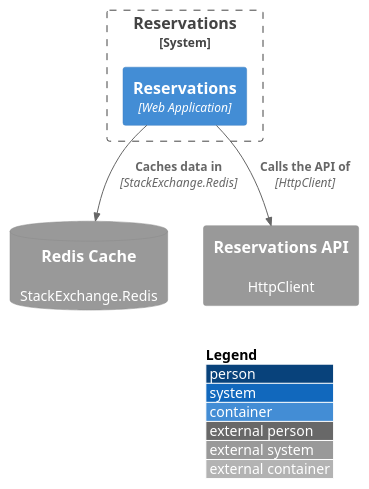
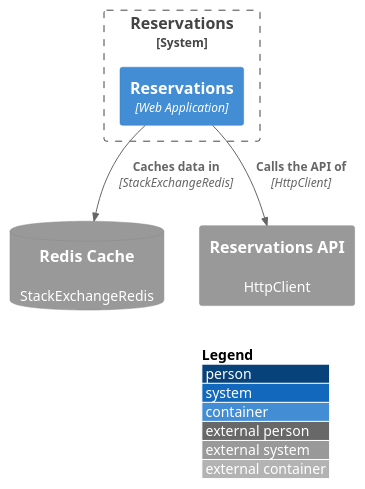
One commit to talentconsulting/atlas-dfe changed the diagram in das-reservations/service-dependencies/service-dependencies.puml. Above: the diagram before and after it, drawn with PlantUML. The commit also changed 48 other files, not shown here.

```diff
--- a/das-reservations/service-dependencies/service-dependencies.puml
+++ b/das-reservations/service-dependencies/service-dependencies.puml
@@ -1,15 +1,15 @@
 @startuml
 !include https://raw.githubusercontent.com/plantuml-stdlib/C4-PlantUML/master/C4_Container.puml
 LAYOUT_WITH_LEGEND()
 
 System_Boundary(sys_SkillsFundingAgency_das_reservations, "Reservations") {
   Container(c_reservations_web, "Reservations", "Web Application")
 }
 
-SystemDb_Ext(d_cache_redis_cache, "Redis Cache", "StackExchange.Redis")
+SystemDb_Ext(d_cache_redis_cache, "Redis Cache", "StackExchangeRedis")
 System_Ext(d_http_api_reservations_api, "Reservations API", "HttpClient")
 
-Rel(c_reservations_web, d_cache_redis_cache, "Caches data in", "StackExchange.Redis")
+Rel(c_reservations_web, d_cache_redis_cache, "Caches data in", "StackExchangeRedis")
 Rel(c_reservations_web, d_http_api_reservations_api, "Calls the API of", "HttpClient")
 
 @enduml
```
